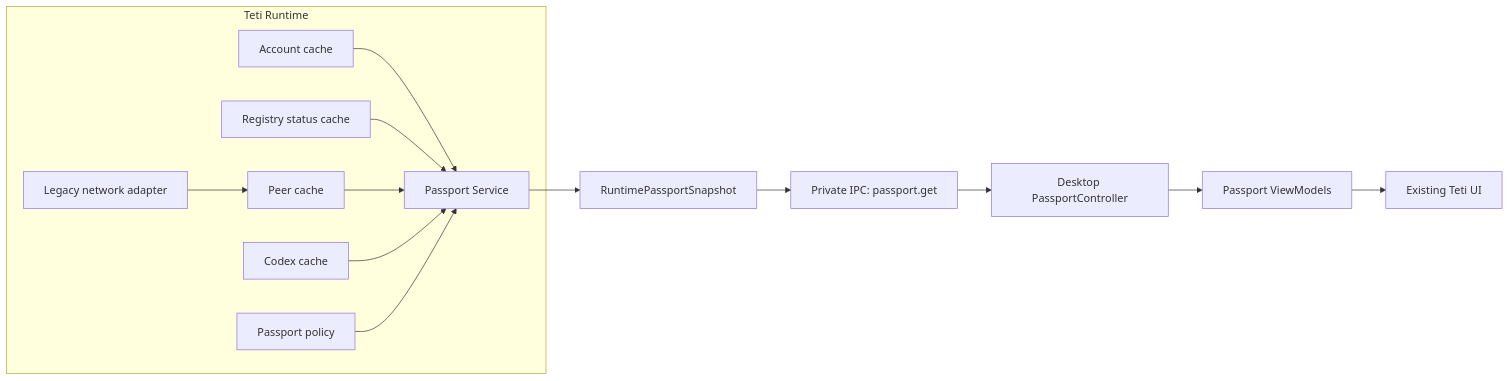
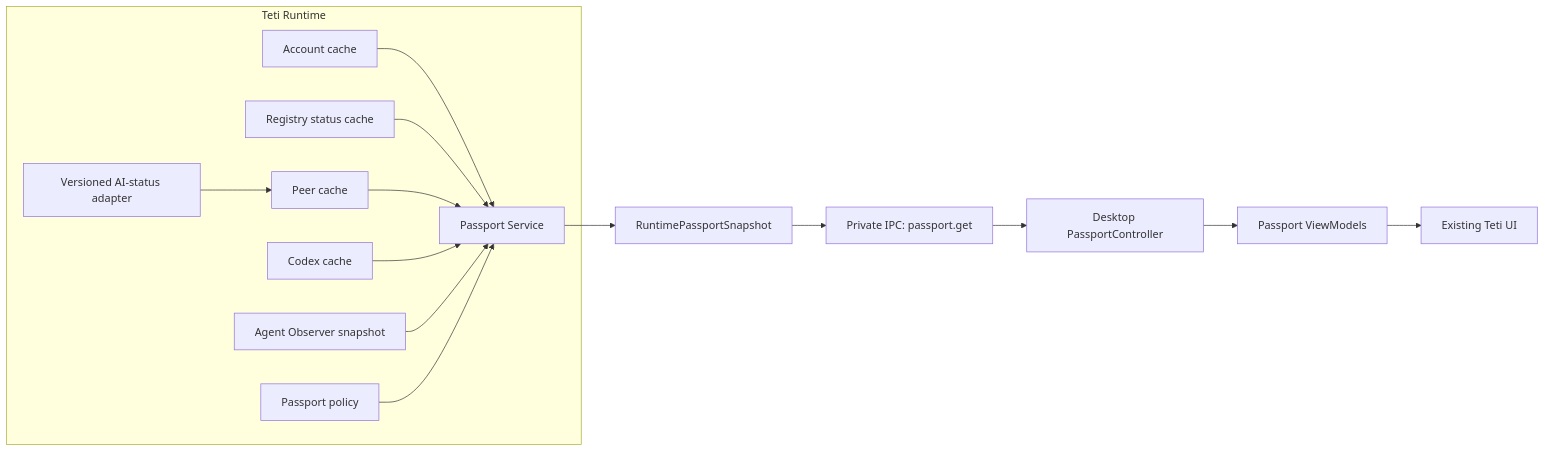
Before and after one commit to midimily/teti-bot: the first of 3 diagrams in docs/TETI_BETA_MVP_1_0_PASSPORT_DOMAIN_INTEGRATION.md, drawn with Mermaid. The commit also changed other lines of this file and 133 other files, not shown here.

````diff
--- a/docs/TETI_BETA_MVP_1_0_PASSPORT_DOMAIN_INTEGRATION.md
+++ b/docs/TETI_BETA_MVP_1_0_PASSPORT_DOMAIN_INTEGRATION.md
@@ -14,24 +14,26 @@
 ```mermaid
 flowchart LR
   subgraph Runtime["Teti Runtime"]
     Account["Account cache"]
     Registry["Registry status cache"]
     Peers["Peer cache"]
     Codex["Codex cache"]
+    Observer["Agent Observer snapshot"]
     Sharing["Passport policy"]
-    Legacy["Legacy network adapter"]
+    Network["Versioned AI-status adapter"]
     Service["Passport Service"]
     Account --> Service
     Registry --> Service
     Peers --> Service
     Codex --> Service
+    Observer --> Service
     Sharing --> Service
-    Legacy --> Peers
+    Network --> Peers
   end
 
   Service --> Snapshot["RuntimePassportSnapshot"]
   Snapshot --> IPC["Private IPC: passport.get"]
   IPC --> Controller["Desktop PassportController"]
   Controller --> ViewModels["Passport ViewModels"]
   ViewModels --> UI["Existing Teti UI"]
 ```
````
